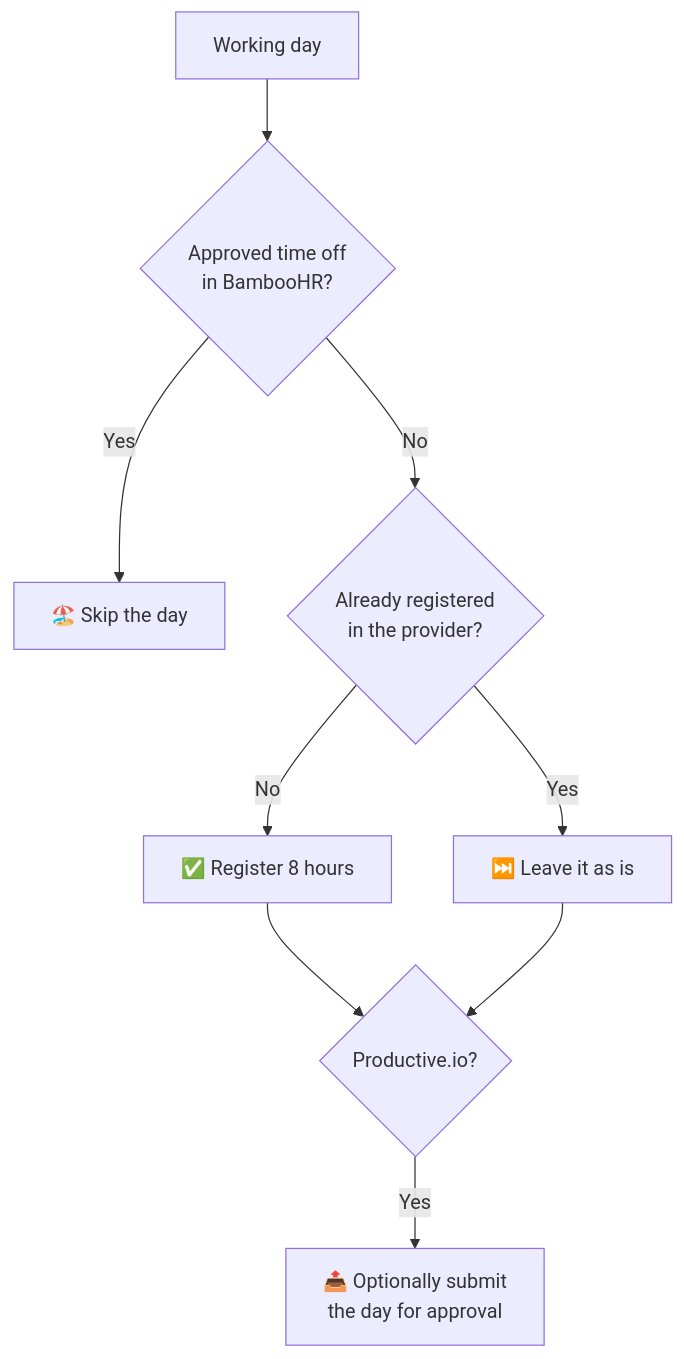
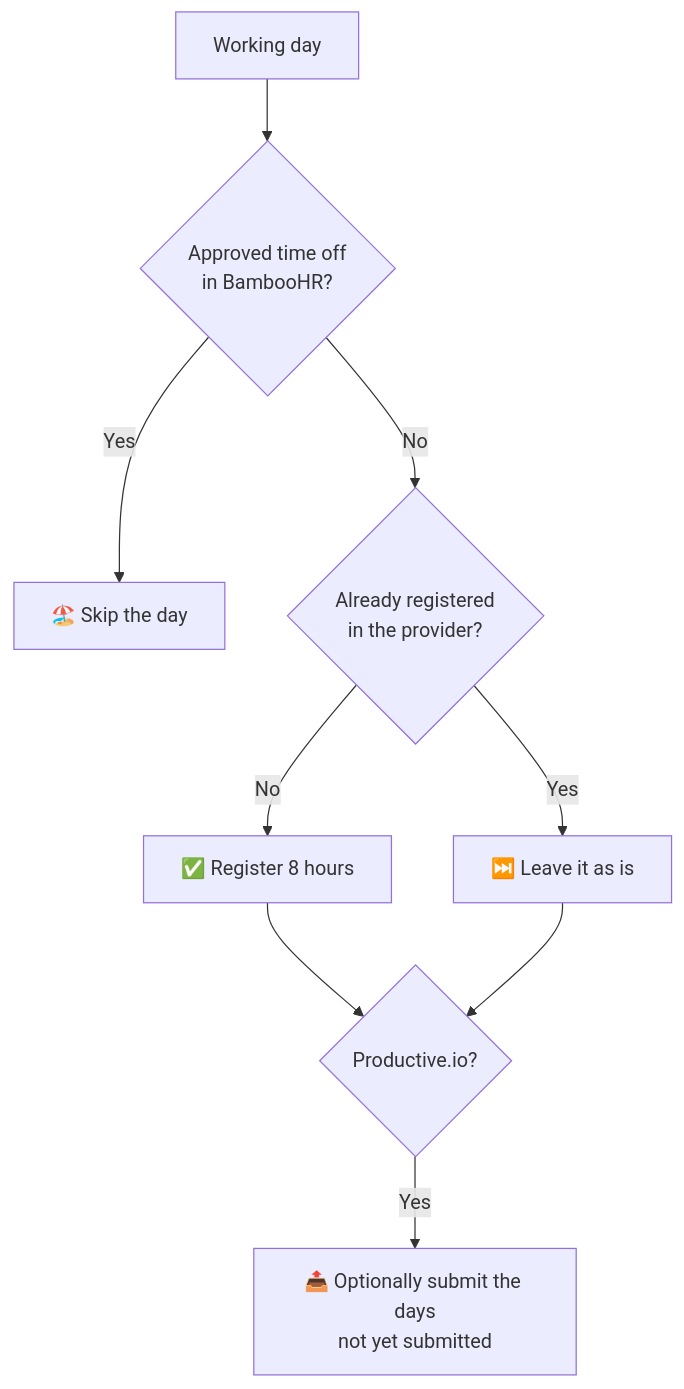
One commit to rsotor/timesheet changed the diagram in README.md. Above: the diagram before and after it, drawn with Mermaid. The commit also changed other lines of this file and 4 other files, not shown here.

First line of the commit message:
fix(productive): only offer days not yet submitted for approval (#10)

````diff
--- a/README.md
+++ b/README.md
@@ -22,11 +22,11 @@
 ```mermaid
 flowchart TD
     A[Working day] --> B{Approved time off<br/>in BambooHR?}
     B -- Yes --> S[🏖️ Skip the day]
     B -- No --> C{Already registered<br/>in the provider?}
     C -- Yes --> E[⏭️ Leave it as is]
     C -- No --> D[✅ Register 8 hours]
     D --> F{Productive.io?}
     E --> F
-    F -- Yes --> G[📤 Optionally submit<br/>the day for approval]
+    F -- Yes --> G[📤 Optionally submit the days<br/>not yet submitted]
 ```
````
